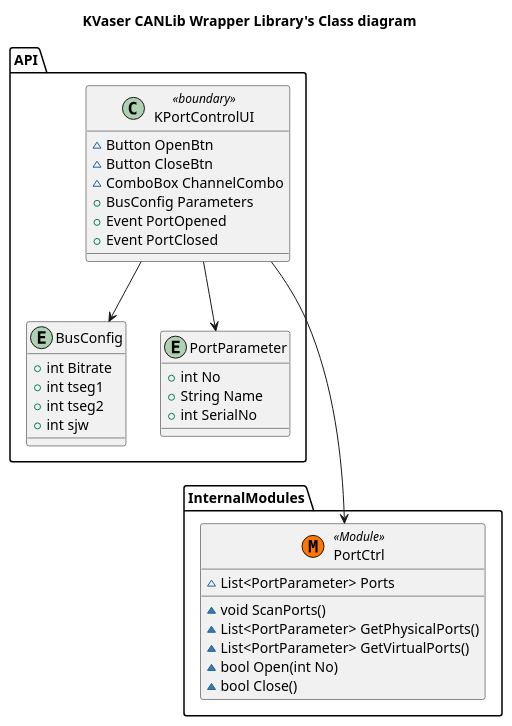
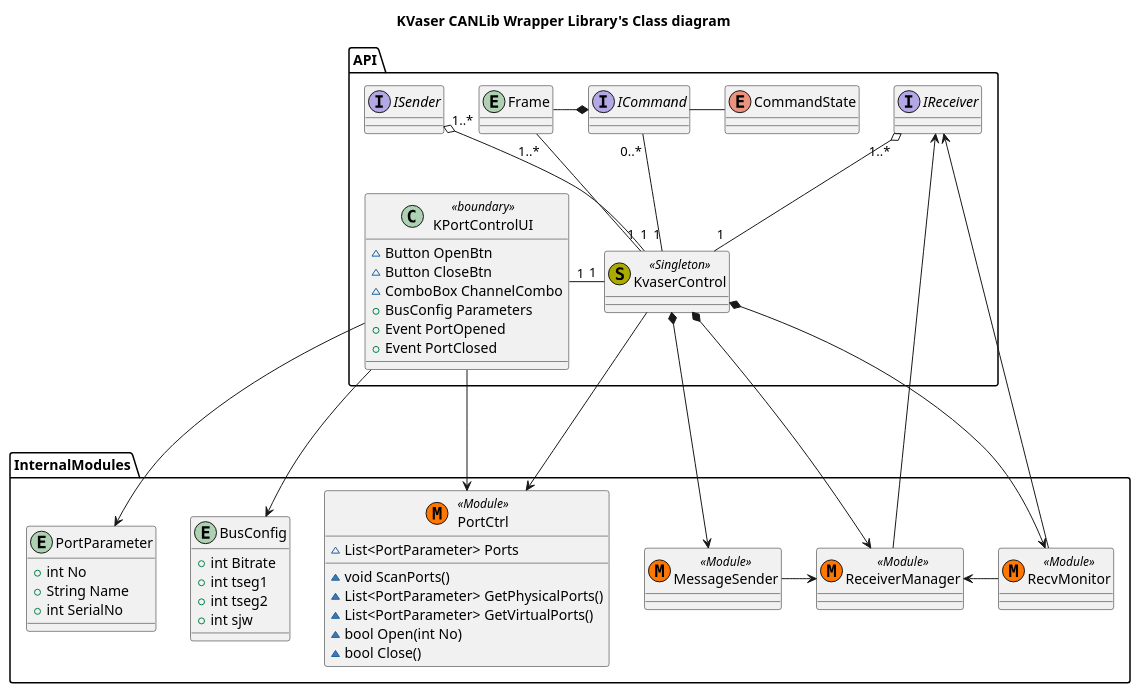
One commit to hiratashinnya/KvaserCANLib changed the diagram in docs/Class.wsd. Above: the diagram before and after it, drawn with PlantUML.

Commit message:
[doc][class][追加]空のクラス・インターフェースを追加

```diff
--- a/docs/Class.wsd
+++ b/docs/Class.wsd
@@ -1,46 +1,105 @@
 @startuml
 
 title "KVaser CANLib Wrapper Library's Class diagram"
 
 package API{
 
     class KPortControlUI<<boundary>>{
         ~Button OpenBtn
         ~Button CloseBtn
         ~ComboBox ChannelCombo
         +BusConfig Parameters
         +Event PortOpened
         +Event PortClosed
     }
 
+    class KvaserControl<< (S, #AAAA00) Singleton>>{
+
+    }
+
+    entity Frame{
+
+    }
+
+    Interface IReceiver{
+
+    }
+
+    Interface ICommand{
+
+    }
+
+    Enum CommandState{
+
+    }
+
+    Interface ISender{
+
+    }
+
+    KPortControlUI "1" -l "1" KvaserControl
+
+    KvaserControl "1" -l "1..*" Frame
+    KvaserControl "1" -u-o "1..*" IReceiver
+    KvaserControl "1" -u-o "1..*" ISender
+    KvaserControl "1" -u- "0..*" ICommand
+
+    ICommand - CommandState
+    ICommand *-l Frame
+}
+
+package InternalModules{
+    class PortCtrl<< (M, #FF7700) Module>>{
+        ~{field} List<PortParameter> Ports
+        ~void ScanPorts()
+        ~List<PortParameter> GetPhysicalPorts()
+        ~List<PortParameter> GetVirtualPorts()
+        ~bool Open(int No)
+        ~bool Close()
+    }
+
     entity BusConfig{
         +int Bitrate
         +int tseg1
         +int tseg2
         +int sjw
     }
 
     entity PortParameter{
         +int No
         +String Name
         +int SerialNo
     }
+
+    class RecvMonitor<< (M, #FF7700) Module>>{
+
+    }
+
+    class ReceiverManager<< (M, #FF7700) Module>>{
+
+    }
+
+    class MessageSender<< (M, #FF7700) Module>>{
+
+    }
+
+    RecvMonitor -l> ReceiverManager
+    MessageSender -> ReceiverManager
 }
 
-package InternalModules{
-    class PortCtrl<< (M, #FF7700) Module>>{
-        ~{field} List<PortParameter> Ports
-        ~void ScanPorts()
-        ~List<PortParameter> GetPhysicalPorts()
-        ~List<PortParameter> GetVirtualPorts()
-        ~bool Open(int No)
-        ~bool Close()
-    }
-}
 
 KPortControlUI ---> PortCtrl
 KPortControlUI --> PortParameter
 KPortControlUI --> BusConfig
 
+KvaserControl ---> PortCtrl
+KvaserControl *---> RecvMonitor
+KvaserControl *---> ReceiverManager
+KvaserControl *---> MessageSender
+
+IReceiver <-- ReceiverManager
+IReceiver <-- RecvMonitor
+
+
 
 @enduml
```
